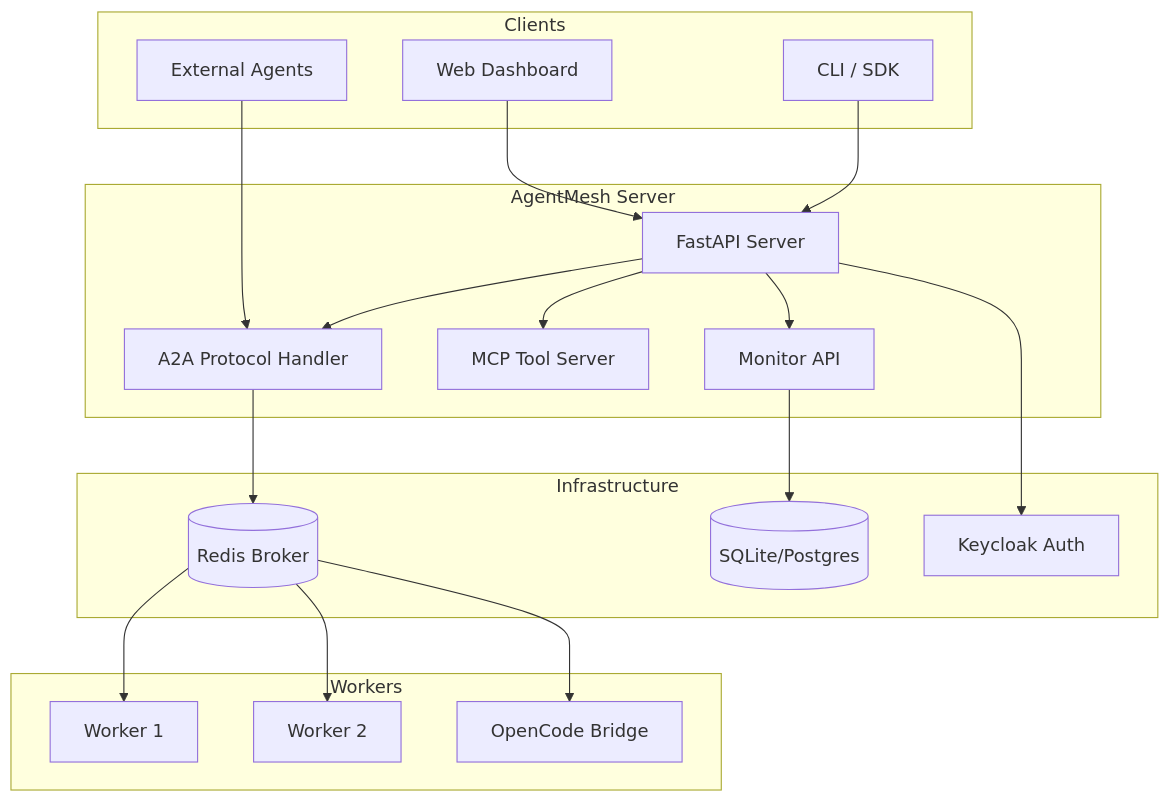
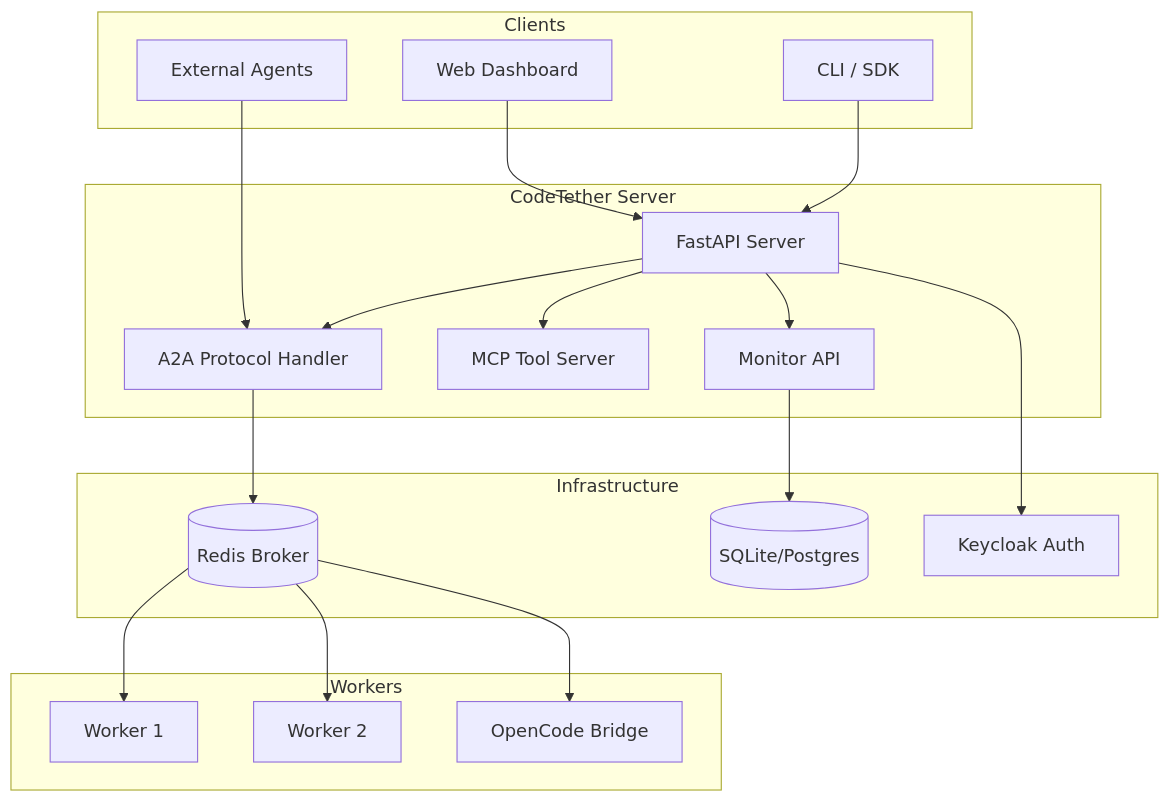
The diagram in agentmesh-docs/index.md (rileyseaburg/A2A-Server-MCP), drawn with Mermaid before and after one commit. The commit also changed other lines of this file and 51 other files, not shown here.

First line of the commit message:
docs: Rebrand documentation from AgentMesh to CodeTether

````diff
--- a/agentmesh-docs/index.md
+++ b/agentmesh-docs/index.md
@@ -108,43 +108,43 @@
 ```mermaid
 graph TB
     subgraph Clients
         UI[Web Dashboard]
         CLI[CLI / SDK]
         Agent[External Agents]
     end
 
-    subgraph AgentMesh Server
+    subgraph CodeTether Server
         API[FastAPI Server]
         A2A[A2A Protocol Handler]
         MCP[MCP Tool Server]
         Monitor[Monitor API]
     end
 
     subgraph Infrastructure
         Redis[(Redis Broker)]
         DB[(SQLite/Postgres)]
         Keycloak[Keycloak Auth]
     end
 
     subgraph Workers
         W1[Worker 1]
         W2[Worker 2]
         OC[OpenCode Bridge]
     end
 
     UI --> API
     CLI --> API
     Agent --> A2A
 
     API --> A2A
     API --> MCP
     API --> Monitor
 
     A2A --> Redis
     Monitor --> DB
     API --> Keycloak
 
     Redis --> W1
     Redis --> W2
     Redis --> OC
 ```
````
